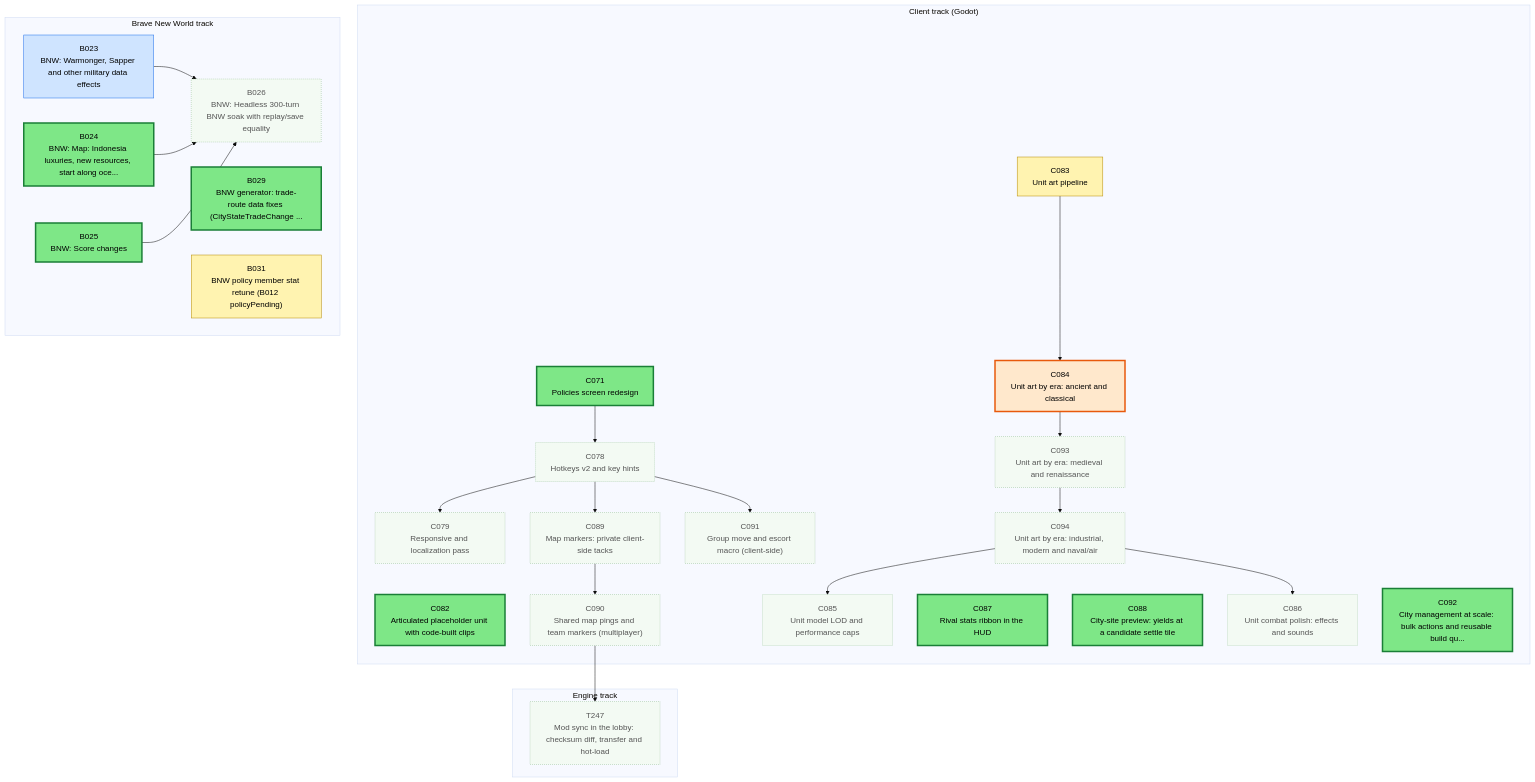
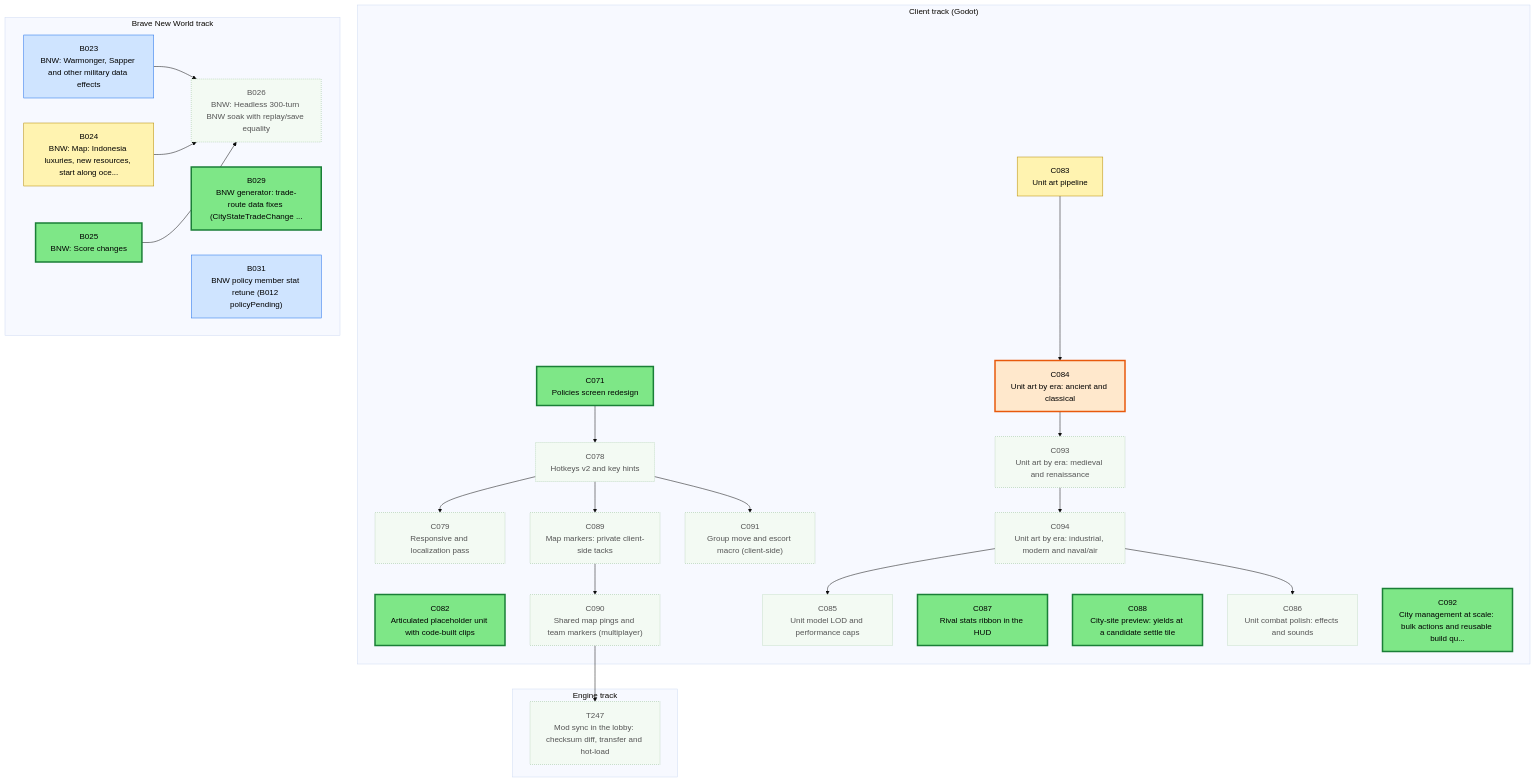
Before and after one commit to Kenmura/Unciv: the first of 3 diagrams in csharp/migration/DEPENDENCY_MAP.md, drawn with Mermaid (base theme). The commit also changed other lines of this file and 1 other file, not shown here.

````diff
--- a/csharp/migration/DEPENDENCY_MAP.md
+++ b/csharp/migration/DEPENDENCY_MAP.md
@@ -25,76 +25,76 @@
 ```mermaid
 flowchart TD
   subgraph TTRACK["Engine track"]
     T247["T247<br/>Mod sync in the lobby: checksum diff, transfer and hot-load"]
   end
   subgraph CTRACK["Client track (Godot)"]
     C071["C071<br/>Policies screen redesign"]
     C078["C078<br/>Hotkeys v2 and key hints"]
     C079["C079<br/>Responsive and localization pass"]
     C082["C082<br/>Articulated placeholder unit with code-built clips"]
     C083["C083<br/>Unit art pipeline"]
     C084["C084<br/>Unit art by era: ancient and classical"]
     C085["C085<br/>Unit model LOD and performance caps"]
     C086["C086<br/>Unit combat polish: effects and sounds"]
     C087["C087<br/>Rival stats ribbon in the HUD"]
     C088["C088<br/>City-site preview: yields at a candidate settle tile"]
     C089["C089<br/>Map markers: private client-side tacks"]
     C090["C090<br/>Shared map pings and team markers (multiplayer)"]
     C091["C091<br/>Group move and escort macro (client-side)"]
     C092["C092<br/>City management at scale: bulk actions and reusable build qu..."]
     C093["C093<br/>Unit art by era: medieval and renaissance"]
     C094["C094<br/>Unit art by era: industrial, modern and naval/air"]
   end
   subgraph BTRACK["Brave New World track"]
     B023["B023<br/>BNW: Warmonger, Sapper and other military data effects"]
     B024["B024<br/>BNW: Map: Indonesia luxuries, new resources, start along oce..."]
     B025["B025<br/>BNW: Score changes"]
     B026["B026<br/>BNW: Headless 300-turn BNW soak with replay/save equality"]
     B029["B029<br/>BNW generator: trade-route data fixes (CityStateTradeChange ..."]
     B031["B031<br/>BNW policy member stat retune (B012 policyPending)"]
   end
   C090 --> T247
   C071 --> C078
   C078 --> C079
   C083 --> C084
   C094 --> C085
   C094 --> C086
   C078 --> C089
   C089 --> C090
   C078 --> C091
   C084 --> C093
   C093 --> C094
   B023 --> B026
   B024 --> B026
   B025 --> B026
   classDef waiting fill:#f3faf3,stroke:#9bc49b,color:#555,stroke-dasharray:2 2
   classDef ondeck fill:#ffe8cc,stroke:#e8590c,stroke-width:3px,color:#000
   classDef ready fill:#7ee787,stroke:#1a7f37,stroke-width:3px,color:#000
   classDef prog fill:#fff3b0,stroke:#b58900,color:#000
   classDef review fill:#cfe4ff,stroke:#1f6feb,color:#000
   classDef blocked fill:#ffd6d6,stroke:#c62828,color:#000
   classDef done fill:#eeeeee,stroke:#999999,color:#666,stroke-dasharray:4 3
   class B023 review
-  class B024 ready
+  class B024 prog
   class B025 ready
   class B026 waiting
   class B029 ready
-  class B031 prog
+  class B031 review
   class C071 ready
   class C078 waiting
   class C079 waiting
   class C082 ready
   class C083 prog
   class C084 ondeck
   class C085 waiting
   class C086 waiting
   class C087 ready
   class C088 ready
   class C089 waiting
   class C090 waiting
   class C091 waiting
   class C092 ready
   class C093 waiting
   class C094 waiting
   class T247 waiting
 ```
````
